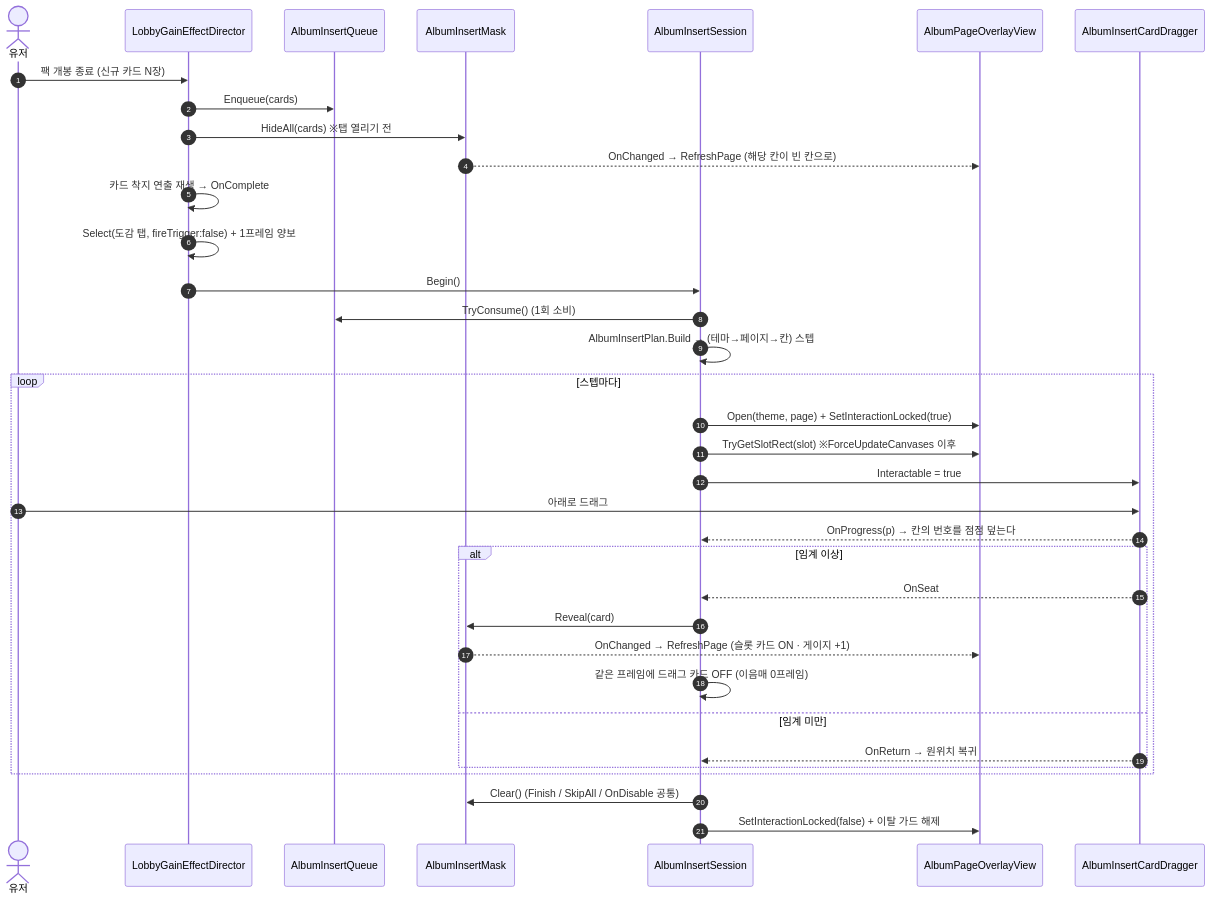
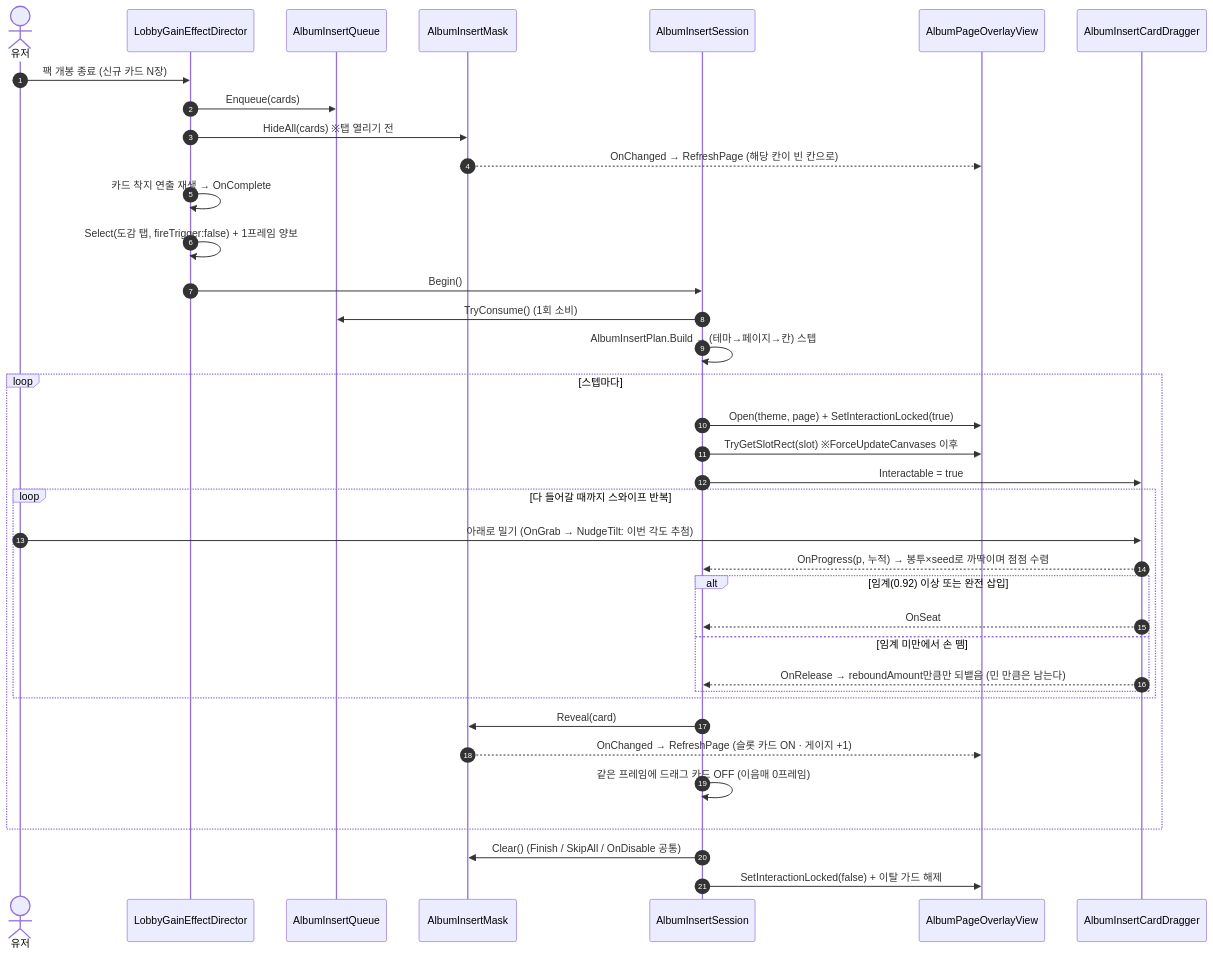
Diagram 20 of 20 in docs/OutGamePlan/STRUCTURE.md (hspark-maker/TeamfightTCG_Migriation), drawn with Mermaid before and after one commit. The commit also changed other lines of this file and 4 other files, not shown here.

````diff
--- a/docs/OutGamePlan/STRUCTURE.md
+++ b/docs/OutGamePlan/STRUCTURE.md
@@ -1112,38 +1112,40 @@
 ```mermaid
 sequenceDiagram
     autonumber
     actor U as 유저
     participant GD as LobbyGainEffectDirector
     participant Q as AlbumInsertQueue
     participant M as AlbumInsertMask
     participant S as AlbumInsertSession
     participant PV as AlbumPageOverlayView
     participant DR as AlbumInsertCardDragger
 
     U->>GD: 팩 개봉 종료 (신규 카드 N장)
     GD->>Q: Enqueue(cards)
     GD->>M: HideAll(cards)  ※탭 열리기 전
     M-->>PV: OnChanged → RefreshPage (해당 칸이 빈 칸으로)
     GD->>GD: 카드 착지 연출 재생 → OnComplete
     GD->>GD: Select(도감 탭, fireTrigger:false) + 1프레임 양보
     GD->>S: Begin()
     S->>Q: TryConsume() (1회 소비)
     S->>S: AlbumInsertPlan.Build → (테마→페이지→칸) 스텝
     loop 스텝마다
         S->>PV: Open(theme, page) + SetInteractionLocked(true)
         S->>PV: TryGetSlotRect(slot)  ※ForceUpdateCanvases 이후
         S->>DR: Interactable = true
-        U->>DR: 아래로 드래그
-        DR-->>S: OnProgress(p) → 칸의 번호를 점점 덮는다
-        alt 임계 이상
-            DR-->>S: OnSeat
-            S->>M: Reveal(card)
-            M-->>PV: OnChanged → RefreshPage (슬롯 카드 ON · 게이지 +1)
-            S->>S: 같은 프레임에 드래그 카드 OFF (이음매 0프레임)
-        else 임계 미만
-            DR-->>S: OnReturn → 원위치 복귀
+        loop 다 들어갈 때까지 스와이프 반복
+            U->>DR: 아래로 밀기 (OnGrab → NudgeTilt: 이번 각도 추첨)
+            DR-->>S: OnProgress(p, 누적) → 봉투×seed로 까딱이며 점점 수렴
+            alt 임계(0.92) 이상 또는 완전 삽입
+                DR-->>S: OnSeat
+            else 임계 미만에서 손 뗌
+                DR-->>S: OnRelease → reboundAmount만큼만 되뱉음 (민 만큼은 남는다)
+            end
         end
+        S->>M: Reveal(card)
+        M-->>PV: OnChanged → RefreshPage (슬롯 카드 ON · 게이지 +1)
+        S->>S: 같은 프레임에 드래그 카드 OFF (이음매 0프레임)
     end
     S->>M: Clear() (Finish / SkipAll / OnDisable 공통)
     S->>PV: SetInteractionLocked(false) + 이탈 가드 해제
 ```
````
